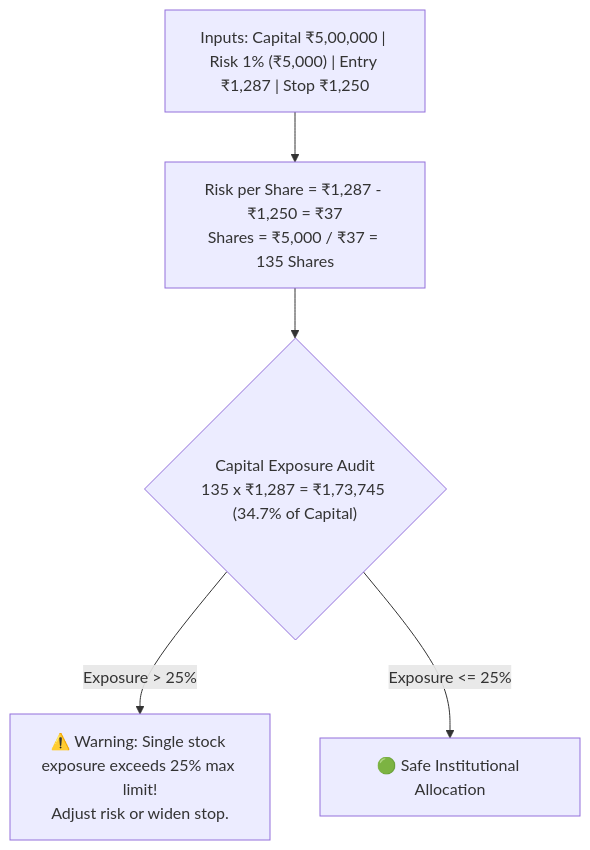
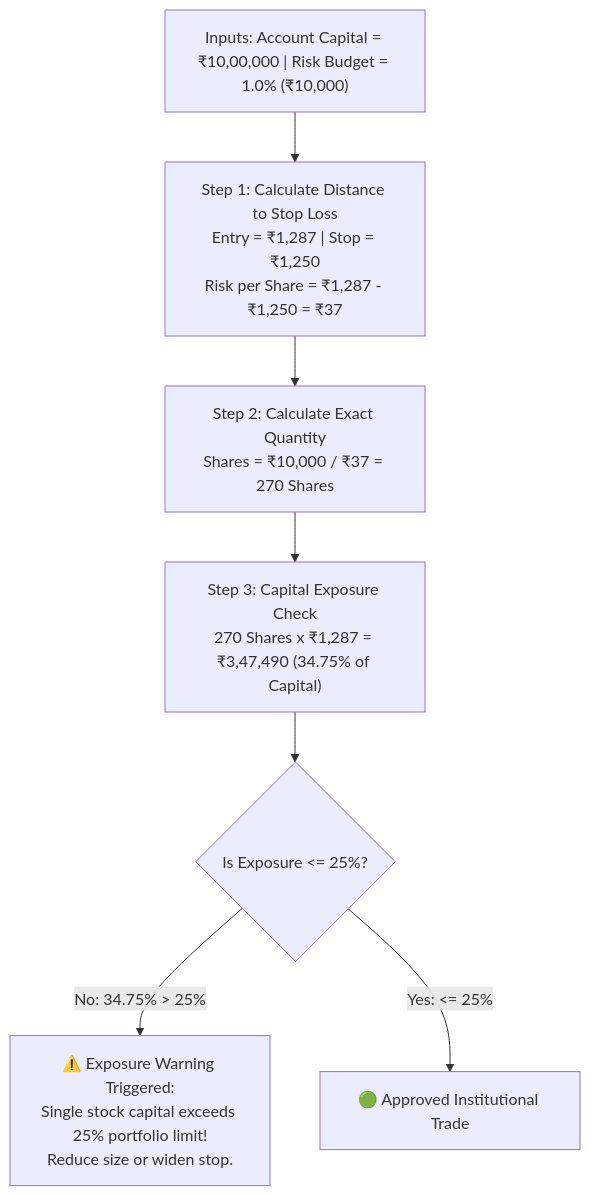
The fifth of 5 diagrams in USER_GUIDE.md (srathi/SwingTradeDeskPro), drawn with Mermaid before and after one commit. The commit also changed other lines of this file, not shown here.

````diff
--- a/USER_GUIDE.md
+++ b/USER_GUIDE.md
@@ -219,7 +321,9 @@
 ```mermaid
 graph TD
-    Inputs["Inputs: Capital ₹5,00,000 | Risk 1% (₹5,000) | Entry ₹1,287 | Stop ₹1,250"] --> Math["Risk per Share = ₹1,287 - ₹1,250 = ₹37<br>Shares = ₹5,000 / ₹37 = 135 Shares"]
-    Math --> ExposureAudit{"Capital Exposure Audit<br>135 x ₹1,287 = ₹1,73,745 (34.7% of Capital)"}
-    ExposureAudit -->|Exposure > 25%| Warning["⚠️ Warning: Single stock exposure exceeds 25% max limit!<br>Adjust risk or widen stop."]
-    ExposureAudit -->|Exposure <= 25%| Green["🟢 Safe Institutional Allocation"]
+    Input["Inputs: Account Capital = ₹10,00,000 | Risk Budget = 1.0% (₹10,000)"] --> Step1["Step 1: Calculate Distance to Stop Loss<br>Entry = ₹1,287 | Stop = ₹1,250<br>Risk per Share = ₹1,287 - ₹1,250 = ₹37"]
+    Step1 --> Step2["Step 2: Calculate Exact Quantity<br>Shares = ₹10,000 / ₹37 = 270 Shares"]
+    Step2 --> Step3["Step 3: Capital Exposure Check<br>270 Shares x ₹1,287 = ₹3,47,490 (34.75% of Capital)"]
+    Step3 --> Step4{"Is Exposure <= 25%?"}
+    Step4 -->|No: 34.75% > 25%| Alert["⚠️ Exposure Warning Triggered:<br>Single stock capital exceeds 25% portfolio limit!<br>Reduce size or widen stop."]
+    Step4 -->|Yes: <= 25%| Green["🟢 Approved Institutional Trade"]
 ```
````
